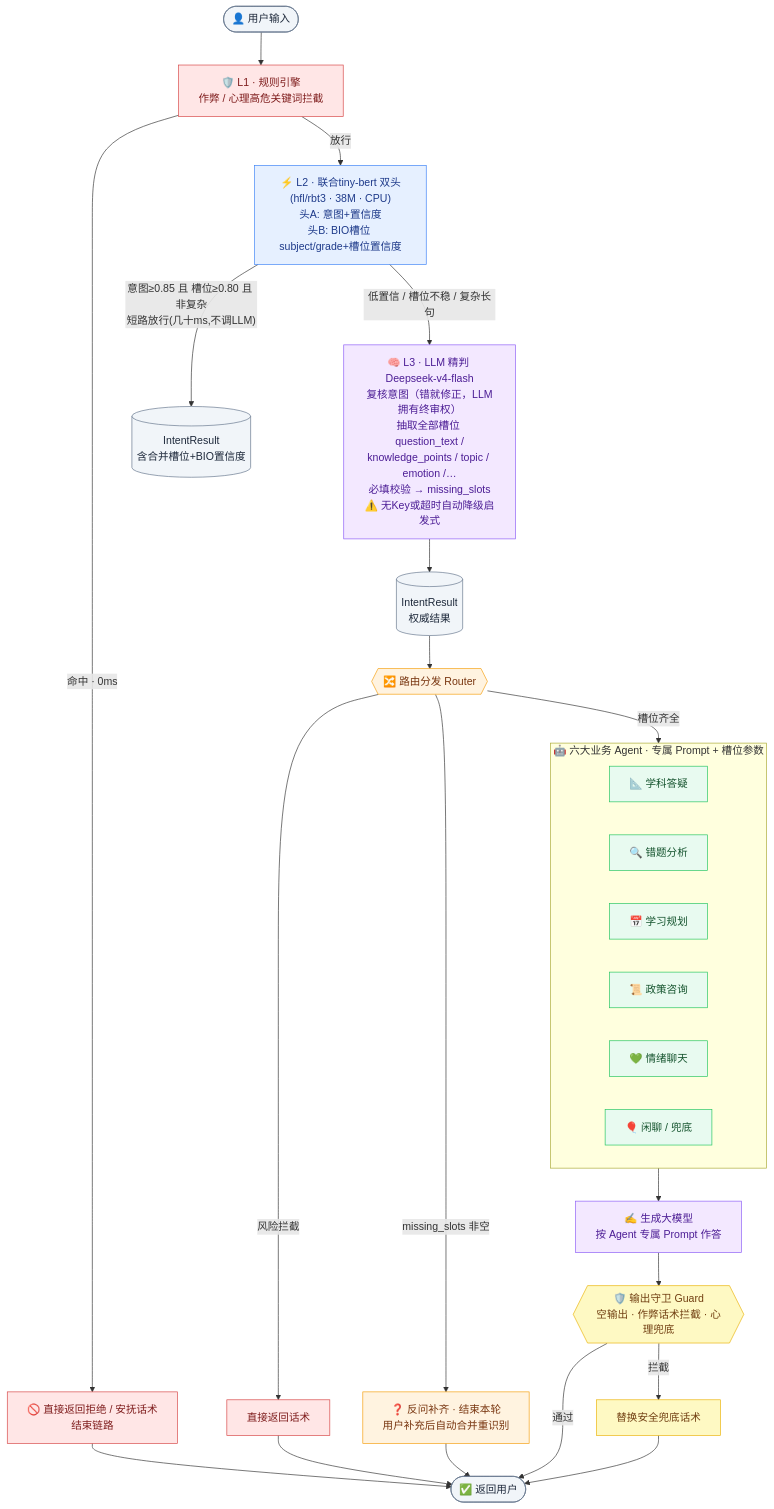
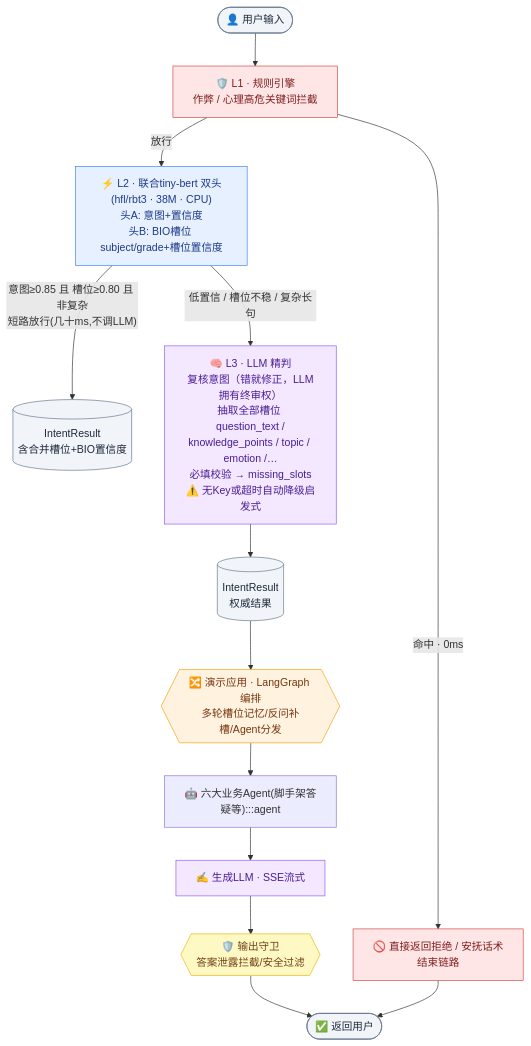
One commit to ducenlyang/agent-intent-classifier changed the diagram in README.md. Above: the diagram before and after it, drawn with Mermaid. The commit also changed other lines of this file, not shown here.

Commit message:
docs: 重写 README，聚焦意图识别引擎（师生蒸馏 / 双头多任务 / 置信短路），教育助手作为端到端演示场景

````diff
--- a/README.md
+++ b/README.md
@@ -80,44 +27,26 @@
 ```mermaid
 flowchart TD
     U(["👤 用户输入"]):::out --> L1["🛡️ L1 · 规则引擎<br/>作弊 / 心理高危关键词拦截"]:::risk
 
     L1 -- "命中 · 0ms" --> R1["🚫 直接返回拒绝 / 安抚话术<br/>结束链路"]:::risk
     L1 -- "放行" --> L2["⚡ L2 · 联合tiny-bert 双头(hfl/rbt3 · 38M · CPU)<br/>头A: 意图+置信度<br/>头B: BIO槽位 subject/grade+槽位置信度"]:::model
 
     L2 -- "意图≥0.85 且 槽位≥0.80 且 非复杂<br/>短路放行(几十ms,不调LLM)" --> IR2[("IntentResult<br/>含合并槽位+BIO置信度")]:::out
-    L2 -- "低置信 / 槽位不稳 / 复杂长句" --> L3["🧠 L3 · LLM 精判 Deepseek-v4-flash<br/>复核意图（错就修正，LLM拥有终审权）<br/>抽取全部槽位 question_text /<br/>knowledge_points / topic / emotion /…<br/>必填校验 → missing_slots<br/>⚠️ 无Key或超时自动降级启发式"]:::llm
+    L2 -- "低置信 / 槽位不稳 / 复杂长句" --> L3["🧠 L3 · LLM 精判<br/>复核意图（错就修正，LLM拥有终审权）<br/>抽取全部槽位 question_text /<br/>knowledge_points / topic / emotion /…<br/>必填校验 → missing_slots<br/>⚠️ 无Key或超时自动降级启发式"]:::llm
 
     L3 --> IR[("IntentResult<br/>权威结果")]:::out
-    IR --> RT{{"🔀 路由分发 Router"}}:::router
-
-    RT -- "风险拦截" --> R2["直接返回话术"]:::risk
-    RT -- "missing_slots 非空" --> CQ["❓ 反问补齐 · 结束本轮<br/>用户补充后自动合并重识别"]:::router
-    RT -- "槽位齐全" --> AG
-
-    subgraph AG["🤖 六大业务 Agent · 专属 Prompt + 槽位参数"]
-        direction LR
-        A1["📐 学科答疑"]:::agent
-        A2["🔍 错题分析"]:::agent
-        A3["📅 学习规划"]:::agent
-        A4["📜 政策咨询"]:::agent
-        A5["💚 情绪聊天"]:::agent
-        A6["🎈 闲聊 / 兜底"]:::agent
-    end
-
-    AG --> GEN["✍️ 生成大模型<br/>按 Agent 专属 Prompt 作答"]:::llm
-    GEN --> GD{{"🛡️ 输出守卫 Guard<br/>空输出 · 作弊话术拦截 · 心理兜底"}}:::guard
-    GD -- "通过" --> OUT(["✅ 返回用户"]):::out
-    GD -- "拦截" --> SAFE["替换安全兜底话术"]:::guard
-    SAFE --> OUT
+    IR --> RT{{"🔀 演示应用 · LangGraph 编排<br/>多轮槽位记忆/反问补槽/Agent分发"}}:::router
+    RT --> AG["🤖 六大业务Agent(脚手架答疑等)":::agent]
+    AG --> GEN["✍️ 生成LLM · SSE流式"]:::llm
+    GEN --> GD{{"🛡️ 输出守卫<br/>答案泄露拦截/安全过滤"}}:::guard
+    GD --> OUT(["✅ 返回用户"]):::out
     R1 --> OUT
-    R2 --> OUT
-    CQ --> OUT
 
     classDef risk fill:#ffe6e6,stroke:#d64545,color:#7f1d1d
     classDef model fill:#e6f0ff,stroke:#3b82f6,color:#1e3a8a
     classDef llm fill:#f3e8ff,stroke:#8b5cf6,color:#4c1d95
     classDef router fill:#fff3e0,stroke:#f59e0b,color:#78350f
     classDef agent fill:#e8faf0,stroke:#22c55e,color:#14532d
     classDef guard fill:#fef9c3,stroke:#eab308,color:#713f12
     classDef out fill:#f1f5f9,stroke:#64748b,color:#1e293b
 ```
````
